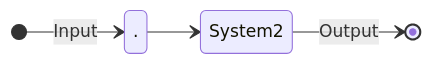
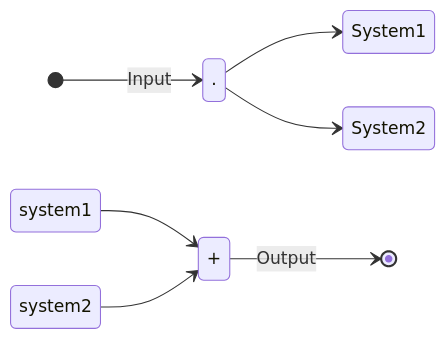
The fifth of 7 diagrams in signal-processing/kutz/5/README.md (setrar/dsp), drawn with Mermaid before and after one commit.

````diff
--- a/signal-processing/kutz/5/README.md
+++ b/signal-processing/kutz/5/README.md
@@ -73,7 +73,10 @@
 ```mermaid
 stateDiagram-v2
     direction LR
     [*] --> . : Input
+    . --> System1
     . --> System2
-    System2 --> [*] : Output
+    system1 --> +
+    system2 --> +
+    + --> [*] : Output
 ```
````
